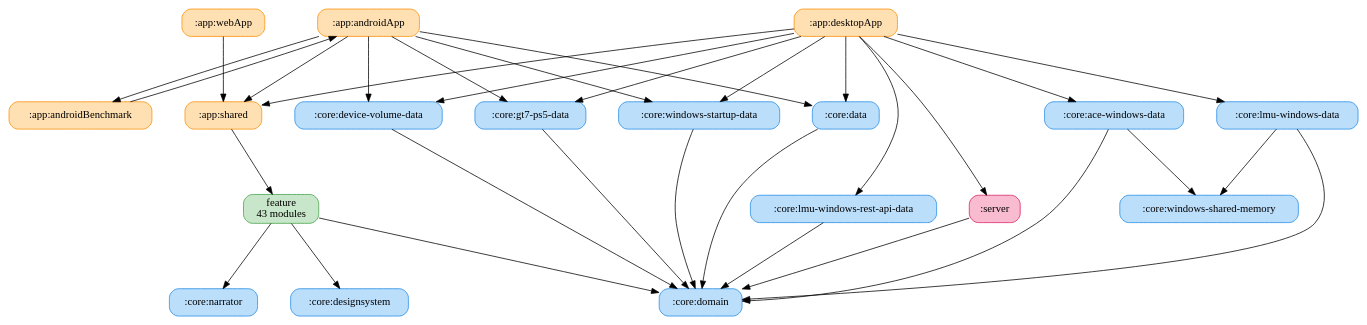
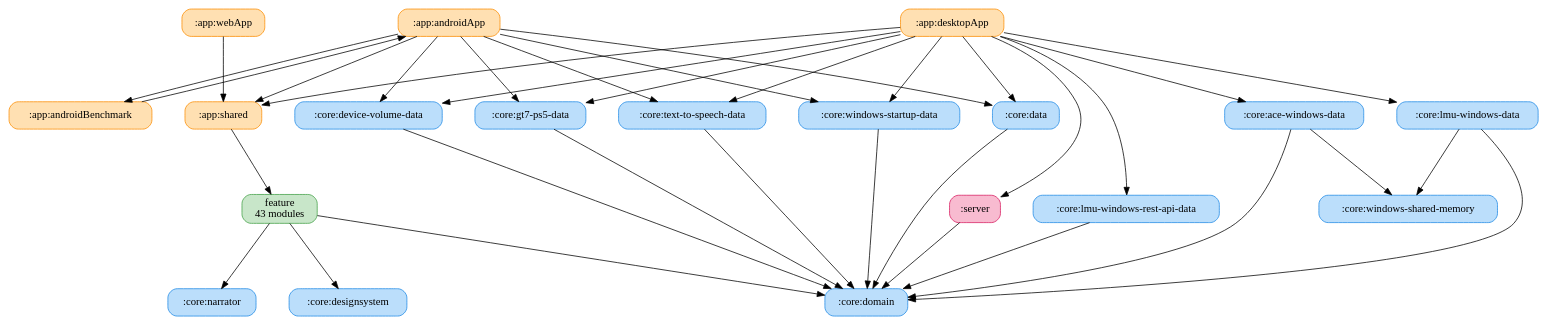
One commit to ai-kurou/KoDriver changed the diagram in docs/graphs/full-graph.gv. Above: the diagram before and after it, drawn with Graphviz. The commit also changed 86 other files, not shown here.

```diff
--- a/docs/graphs/full-graph.gv
+++ b/docs/graphs/full-graph.gv
@@ -1,54 +1,58 @@
 digraph G {
   rankdir=TB
   graph [ranksep=1.2, nodesep=0.6]
   node [shape=box, style="rounded,filled"]
   ":app:androidApp" [label=":app:androidApp", fillcolor="#FFE0B2", color="#FB8C00"]
   ":app:androidBenchmark" [label=":app:androidBenchmark", fillcolor="#FFE0B2", color="#FB8C00"]
   ":app:desktopApp" [label=":app:desktopApp", fillcolor="#FFE0B2", color="#FB8C00"]
   ":app:shared" [label=":app:shared", fillcolor="#FFE0B2", color="#FB8C00"]
   ":app:webApp" [label=":app:webApp", fillcolor="#FFE0B2", color="#FB8C00"]
   ":core:ace-windows-data" [label=":core:ace-windows-data", fillcolor="#BBDEFB", color="#1E88E5"]
   ":core:data" [label=":core:data", fillcolor="#BBDEFB", color="#1E88E5"]
   ":core:designsystem" [label=":core:designsystem", fillcolor="#BBDEFB", color="#1E88E5"]
   ":core:device-volume-data" [label=":core:device-volume-data", fillcolor="#BBDEFB", color="#1E88E5"]
   ":core:domain" [label=":core:domain", fillcolor="#BBDEFB", color="#1E88E5"]
   ":core:gt7-ps5-data" [label=":core:gt7-ps5-data", fillcolor="#BBDEFB", color="#1E88E5"]
   ":core:lmu-windows-data" [label=":core:lmu-windows-data", fillcolor="#BBDEFB", color="#1E88E5"]
   ":core:lmu-windows-rest-api-data" [label=":core:lmu-windows-rest-api-data", fillcolor="#BBDEFB", color="#1E88E5"]
   ":core:narrator" [label=":core:narrator", fillcolor="#BBDEFB", color="#1E88E5"]
+  ":core:text-to-speech-data" [label=":core:text-to-speech-data", fillcolor="#BBDEFB", color="#1E88E5"]
   ":core:windows-shared-memory" [label=":core:windows-shared-memory", fillcolor="#BBDEFB", color="#1E88E5"]
   ":core:windows-startup-data" [label=":core:windows-startup-data", fillcolor="#BBDEFB", color="#1E88E5"]
   ":server" [label=":server", fillcolor="#F8BBD0", color="#D81B60"]
   "feature" [label="feature\n43 modules", fillcolor="#C8E6C9", color="#43A047"]
   ":app:androidApp" -> ":app:androidBenchmark"
   ":app:androidApp" -> ":app:shared"
   ":app:androidApp" -> ":core:data"
   ":app:androidApp" -> ":core:device-volume-data"
   ":app:androidApp" -> ":core:gt7-ps5-data"
+  ":app:androidApp" -> ":core:text-to-speech-data"
   ":app:androidApp" -> ":core:windows-startup-data"
   ":app:androidBenchmark" -> ":app:androidApp"
   ":app:desktopApp" -> ":app:shared"
   ":app:desktopApp" -> ":core:ace-windows-data"
   ":app:desktopApp" -> ":core:data"
   ":app:desktopApp" -> ":core:device-volume-data"
   ":app:desktopApp" -> ":core:gt7-ps5-data"
   ":app:desktopApp" -> ":core:lmu-windows-data"
   ":app:desktopApp" -> ":core:lmu-windows-rest-api-data"
+  ":app:desktopApp" -> ":core:text-to-speech-data"
   ":app:desktopApp" -> ":core:windows-startup-data"
   ":app:desktopApp" -> ":server"
   ":app:shared" -> "feature"
   ":app:webApp" -> ":app:shared"
   ":core:ace-windows-data" -> ":core:domain"
   ":core:ace-windows-data" -> ":core:windows-shared-memory"
   ":core:data" -> ":core:domain"
   ":core:device-volume-data" -> ":core:domain"
   ":core:gt7-ps5-data" -> ":core:domain"
   ":core:lmu-windows-data" -> ":core:domain"
   ":core:lmu-windows-data" -> ":core:windows-shared-memory"
   ":core:lmu-windows-rest-api-data" -> ":core:domain"
+  ":core:text-to-speech-data" -> ":core:domain"
   ":core:windows-startup-data" -> ":core:domain"
   ":server" -> ":core:domain"
   "feature" -> ":core:designsystem"
   "feature" -> ":core:domain"
   "feature" -> ":core:narrator"
 }
```
